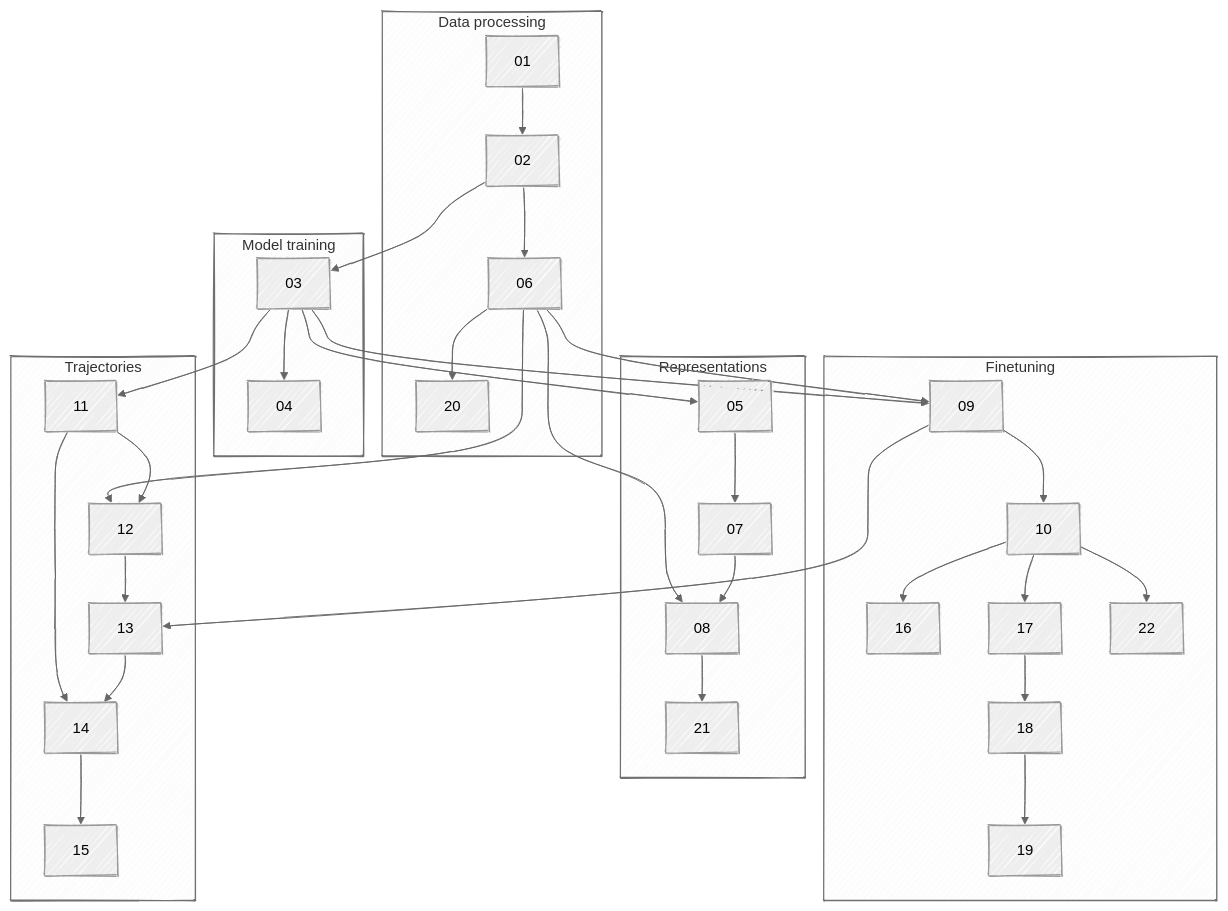
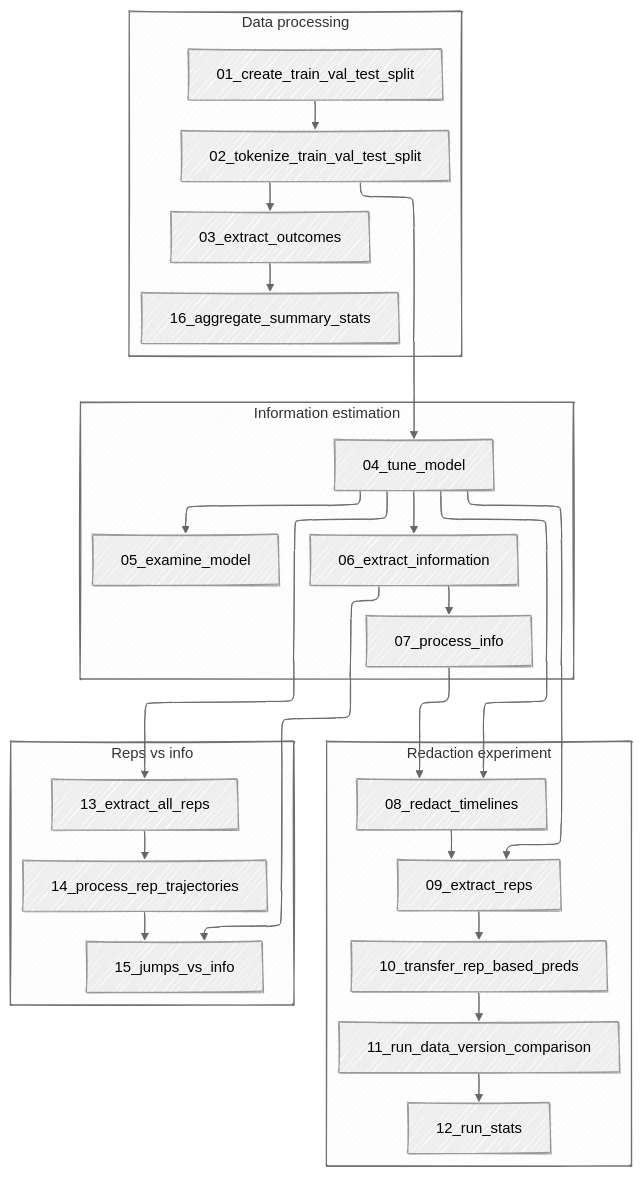
Before and after one commit to bbj-lab/fms-ehrs: the diagram in README.md, drawn with Mermaid. The commit also changed other lines of this file and 7 other files, not shown here.

````diff
--- a/README.md
+++ b/README.md
@@ -41,57 +30,46 @@
 ```mermaid
 ---
 config:
   theme: neutral
   look: handDrawn
-  layout: fixed
+  layout: elk
   themeCSS: "* { overflow: visible; }"
 ---
 flowchart TD
  subgraph s1["Data processing"]
-        N1["01"]
-        N2["02"]
-        N6["06"]
-        N20["20"]
+        N1["01_create_train_val_test_split"]
+        N2["02_tokenize_train_val_test_split"]
+        N3["03_extract_outcomes"]
+        N16["16_aggregate_summary_stats"]
   end
- subgraph s2["Model training"]
-        N3["03"]
-        N4["04"]
+ subgraph s2["Information estimation"]
+        N4["04_tune_model"]
+        N5["05_examine_model"]
+        N6["06_extract_information"]
+        N7["07_process_info"]
   end
- subgraph s3["Representations"]
-        N5["05"]
-        N7["07"]
-        N8["08"]
-        N21["21"]
+ subgraph s3["Redaction experiment"]
+        N8["08_redact_timelines"]
+        N9["09_extract_reps"]
+        N10["10_transfer_rep_based_preds"]
+        N11["11_run_data_version_comparison"]
+        N12["12_run_stats"]
   end
- subgraph s4["Finetuning"]
-        N9["09"]
-        N10["10"]
-        N16["16"]
-        N17["17"]
-        N18["18"]
-        N19["19"]
-        N22["22"]
-  end
- subgraph s5["Trajectories"]
-        N11["11"]
-        N12["12"]
-        N13["13"]
-        N14["14"]
-        N15["15"]
+ subgraph s4["Reps vs info"]
+        N13["13_extract_all_reps"]
+        N14["14_process_rep_trajectories"]
+        N15["15_jumps_vs_info"]
   end
     N1 --> N2
-    N2 --> N6 & N3
-    N6 --> N20 & N8 & N9 & N12
-    N3 --> N4 & N5 & N9 & N11
-    N5 --> N7
+    N2 --> N3 & N4
+    N3 --> N16
+    N4 --> N5 & N6 & N8 & N13
+    N6 --> N7 & N15
     N7 --> N8
-    N8 --> N21
-    N9 --> N10 & N13
-    N10 --> N16 & N17 & N22
-    N11 --> N12 & N14
-    N12 --> N13
+    N8 --> N9
+    N4 --> N9 --> N10
+    N10 --> N11
+    N11 --> N12
     N13 --> N14
     N14 --> N15
-    N17 --> N18
-    N18 --> N19
 ```
````
